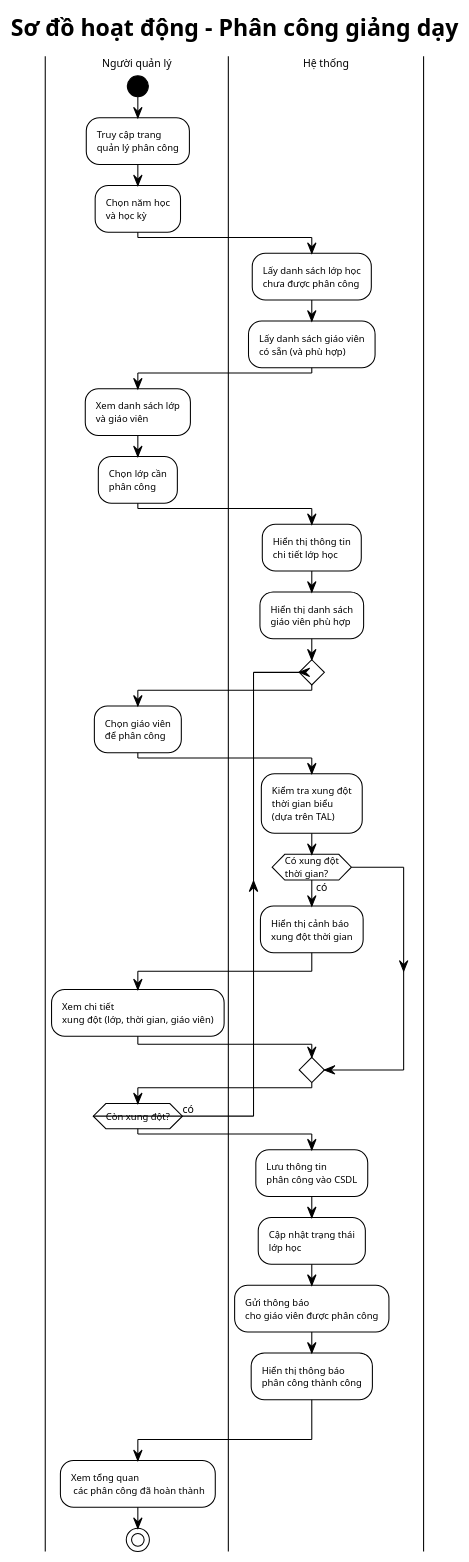
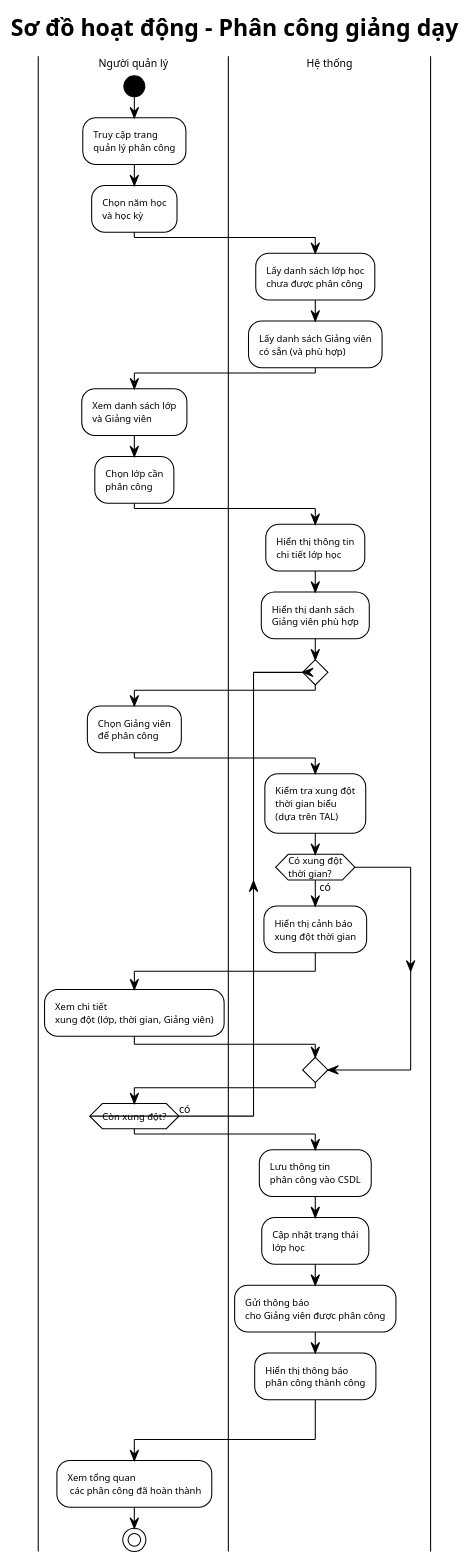
Before and after one commit to pTBgH/pttkht: the diagram in atvtd/phanconggiangday.puml, drawn with PlantUML. The commit also changed 23 other files, not shown here.

```diff
--- a/atvtd/phanconggiangday.puml
+++ b/atvtd/phanconggiangday.puml
@@ -1,61 +1,61 @@
 @startuml
 !theme plain
 skinparam defaultFontSize 10
 skinparam activityFontSize 9
 skinparam swimlaneTitleFontSize 10
 skinparam maxMessageSize 150
 skinparam ranksep 60
 skinparam activityStartColor black
 skinparam activityEndColor black
 skinparam activityEndColorBorder black
 skinparam activityBarColor black
 skinparam circledCharacterFontColor black
 
 title Sơ đồ hoạt động - Phân công giảng dạy
 
 |Người quản lý|
 start
 :Truy cập trang\nquản lý phân công;
 :Chọn năm học\nvà học kỳ;
 
 |Hệ thống|
 :Lấy danh sách lớp học\nchưa được phân công;
-:Lấy danh sách giáo viên\ncó sẵn (và phù hợp);
+:Lấy danh sách Giảng viên\ncó sẵn (và phù hợp);
 
 |Người quản lý|
-:Xem danh sách lớp\nvà giáo viên;
+:Xem danh sách lớp\nvà Giảng viên;
 :Chọn lớp cần\nphân công;
 
 |Hệ thống|
 :Hiển thị thông tin\nchi tiết lớp học;
-:Hiển thị danh sách\ngiáo viên phù hợp;
+:Hiển thị danh sách\nGiảng viên phù hợp;
 
-' Bắt đầu vòng lặp để chọn giáo viên và kiểm tra xung đột
+' Bắt đầu vòng lặp để chọn Giảng viên và kiểm tra xung đột
 repeat
   |Người quản lý|
-  :Chọn giáo viên\nđể phân công;
+  :Chọn Giảng viên\nđể phân công;
 
   |Hệ thống|
   :Kiểm tra xung đột\nthời gian biểu\n(dựa trên TAL);
 
   if (Có xung đột\nthời gian?) then (có)
     :Hiển thị cảnh báo\nxung đột thời gian;
     |Người quản lý|
-    :Xem chi tiết\nxung đột (lớp, thời gian, giáo viên);
-    ' Luồng sẽ quay lại đầu vòng lặp để chọn giáo viên khác
+    :Xem chi tiết\nxung đột (lớp, thời gian, Giảng viên);
+    ' Luồng sẽ quay lại đầu vòng lặp để chọn Giảng viên khác
   endif
 repeat while (Còn xung đột?) is (có)
 
 |Hệ thống|
 :Lưu thông tin\nphân công vào CSDL;
 :Cập nhật trạng thái\nlớp học;
-:Gửi thông báo\ncho giáo viên được phân công;
+:Gửi thông báo\ncho Giảng viên được phân công;
 
 |Hệ thống|
 :Hiển thị thông báo\nphân công thành công;
 -> \n\n;
 |Người quản lý|
 :Xem tổng quan \n các phân công đã hoàn thành;
 stop
 
 @enduml
```
